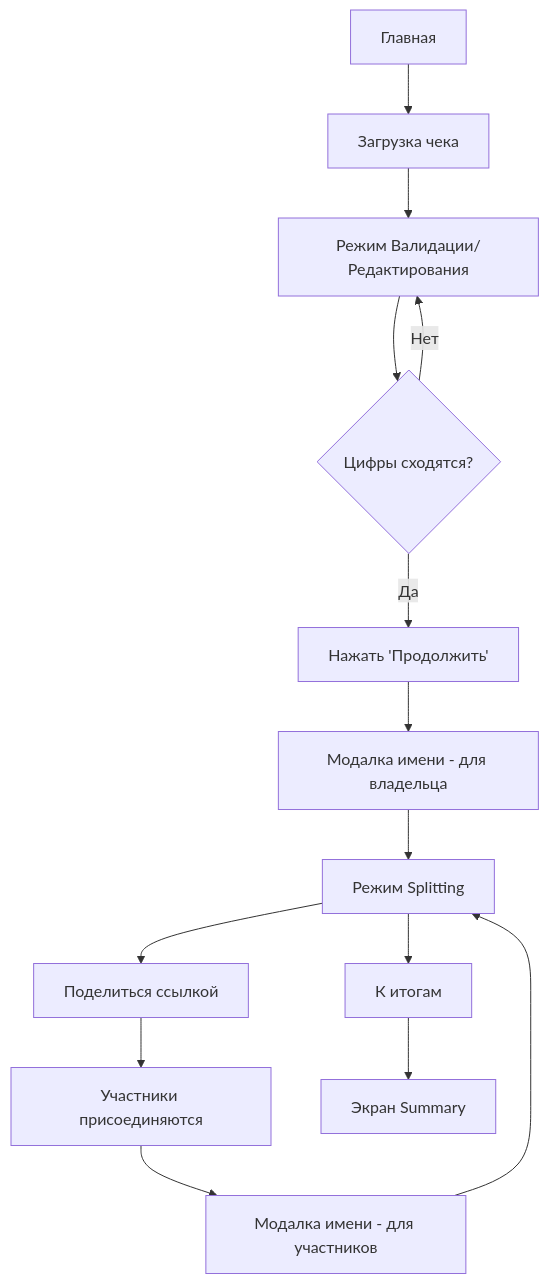
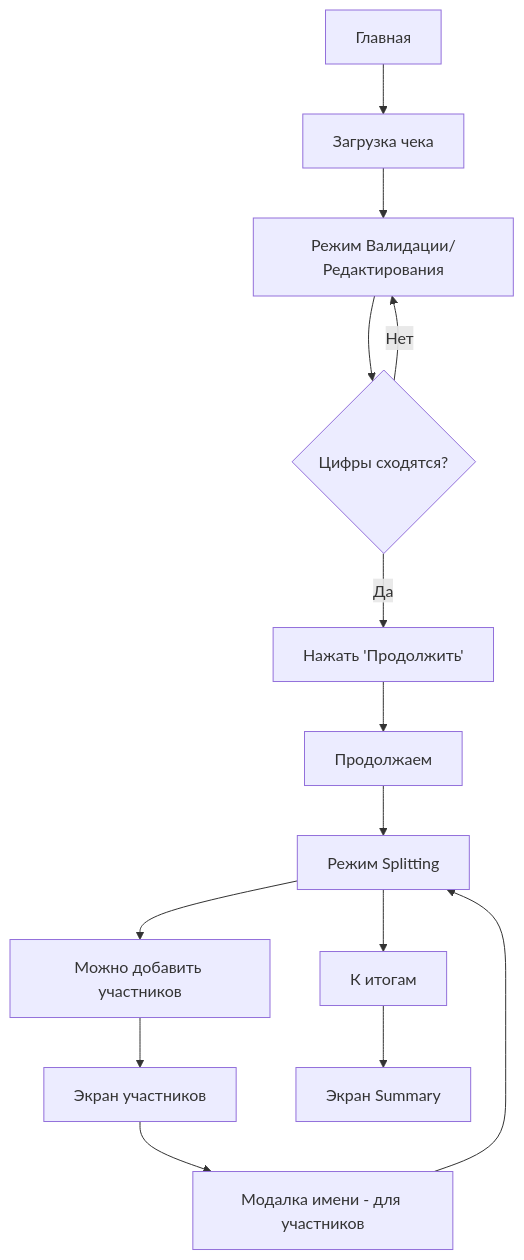
Before and after one commit to ivanpadavan/receipt-ai: the diagram in docs/SPLITTING_UX.md, drawn with Mermaid. The commit also changed other lines of this file, not shown here.

Commit message:
implemenataion plan only current step

````diff
--- a/docs/SPLITTING_UX.md
+++ b/docs/SPLITTING_UX.md
@@ -32,16 +29,16 @@
 ```mermaid
 flowchart TD
     A[Главная] --> B[Загрузка чека]
     B --> C[Режим Валидации/Редактирования]
     C --> D{Цифры сходятся?}
     D -->|Нет| C
     D -->|Да| E[Нажать 'Продолжить']
-    E --> F[Модалка имени - для владельца]
+    E --> F[Продолжаем]
     F --> G[Режим Splitting]
-    G --> H[Поделиться ссылкой]
-    H --> I[Участники присоединяются]
+    G --> H[Можно добавить участников]
+    H --> I[Экран участников]
     I --> J[Модалка имени - для участников]
     J --> G
     G --> K[К итогам]
     K --> L[Экран Summary]
 ```
````
